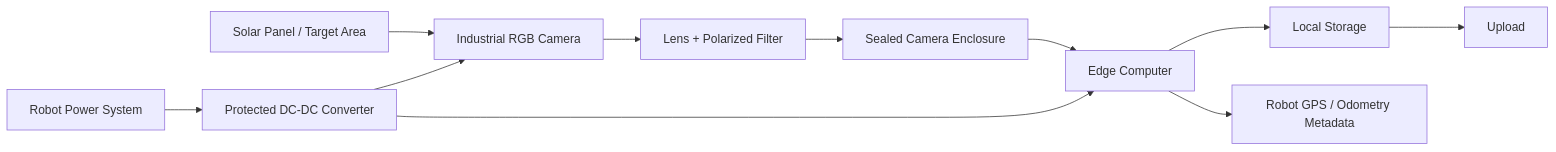
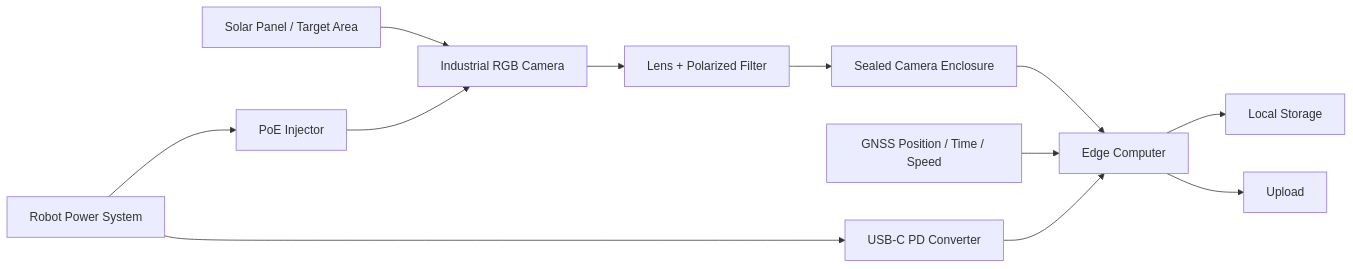
The diagram in HardwarePathway&Components.md (reachshreek/SunnyboticsCameraIntegration), drawn with Mermaid before and after one commit. The commit also changed other lines of this file and 10 other files, not shown here.

````diff
--- a/HardwarePathway&Components.md
+++ b/HardwarePathway&Components.md
@@ -77,14 +83,16 @@
 ```mermaid
 flowchart LR
     A[Solar Panel / Target Area] --> B[Industrial RGB Camera]
     B --> C[Lens + Polarized Filter]
     C --> D[Sealed Camera Enclosure]
     D --> E[Edge Computer]
     E --> F[Local Storage]
-    E --> G[Robot GPS / Odometry Metadata]
-    F --> H[Upload]
+    G[GNSS Position / Time / Speed] --> E
+    E --> H[Upload]
 
-    I[Robot Power System] --> J[Protected DC-DC Converter]
+    I[Robot Power System] --> J[USB-C PD Converter]
     J --> E
-    J --> B
+
+    I --> K[PoE Injector]
+    K --> B
 ```
````
